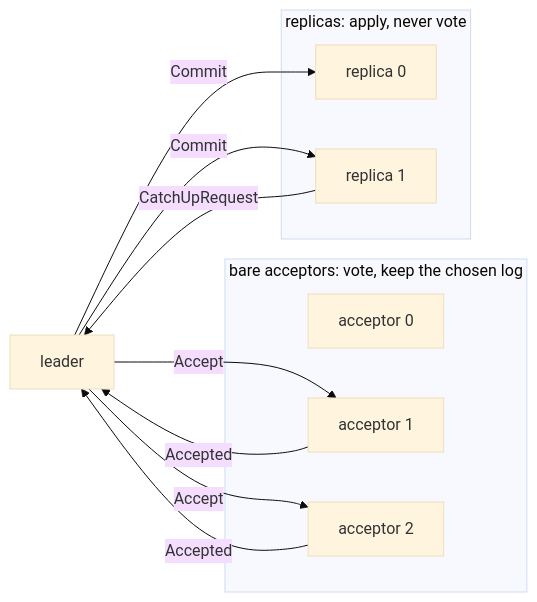
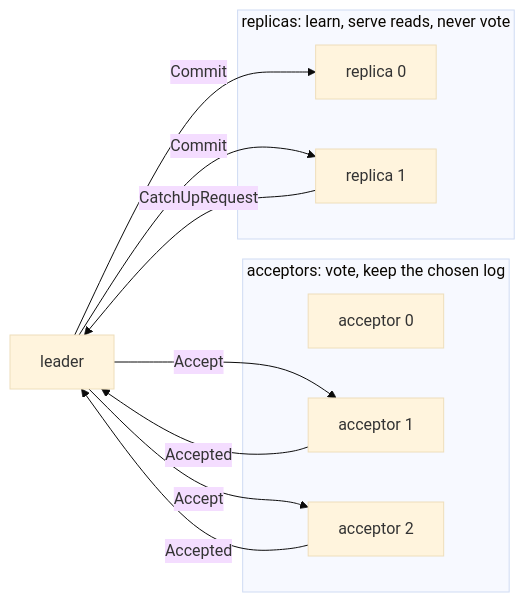
The second of 2 diagrams in book/src/beyond-multi-paxos.md (PierreZ/paros), drawn with Mermaid (base theme) before and after one commit. The commit also changed other lines of this file and 155 other files, not shown here.

````diff
--- a/book/src/beyond-multi-paxos.md
+++ b/book/src/beyond-multi-paxos.md
@@ -252,20 +253,20 @@
 ```mermaid
 flowchart LR
     L[leader]
-    subgraph acceptors [bare acceptors: vote, keep the chosen log]
+    subgraph acceptors [acceptors: vote, keep the chosen log]
         A0[acceptor 0]
         A1[acceptor 1]
         A2[acceptor 2]
     end
-    subgraph replicas [replicas: apply, never vote]
+    subgraph replicas [replicas: learn, serve reads, never vote]
         R0[replica 0]
         R1[replica 1]
     end
     L -- Accept --> A1
     L -- Accept --> A2
     A1 -- Accepted --> L
     A2 -- Accepted --> L
     L -- Commit --> R0
     L -- Commit --> R1
     R1 -- CatchUpRequest --> L
 ```
````
